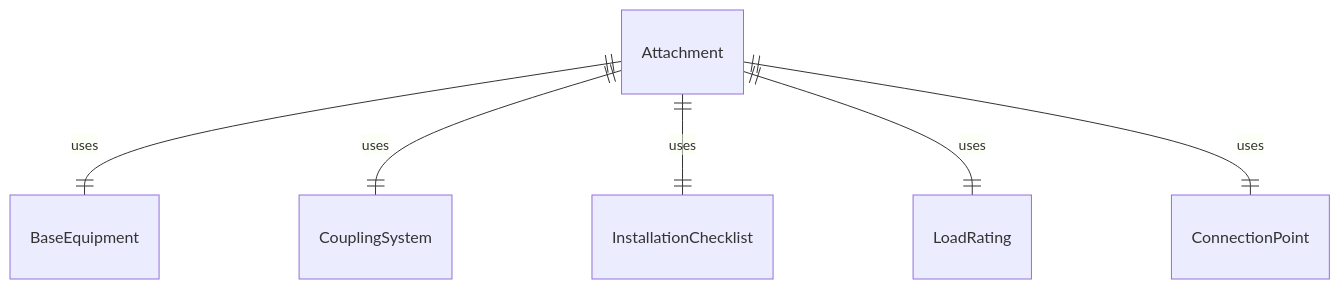
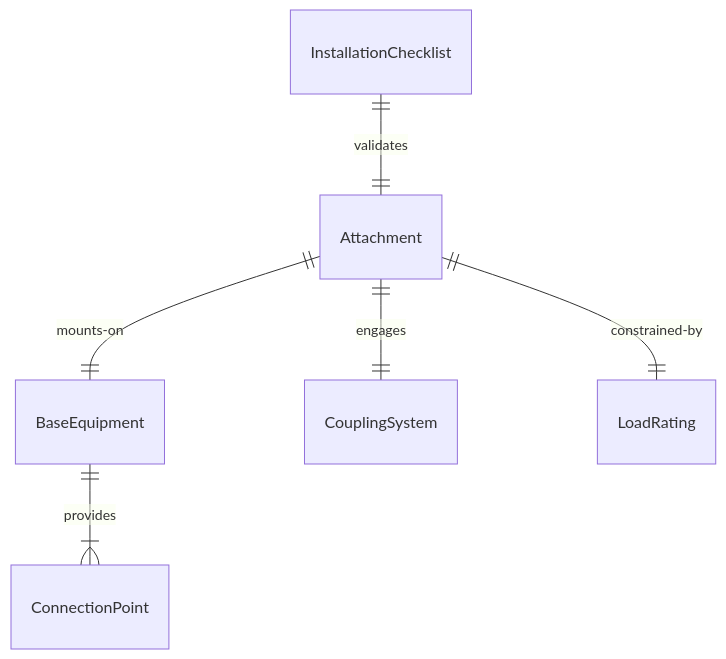
One commit to dot-org-ai/tasks.org.ai changed the first of 4 diagrams in HandlingAndMovingObjects/SetUpEquipment/InstallEquipmentAttachmentsComponents.mdx. Above: the diagram before and after it, drawn with Mermaid. The commit also changed other lines of this file and 515 other files, not shown here.

````diff
--- a/HandlingAndMovingObjects/SetUpEquipment/InstallEquipmentAttachmentsComponents.mdx
+++ b/HandlingAndMovingObjects/SetUpEquipment/InstallEquipmentAttachmentsComponents.mdx
@@ -86,8 +86,8 @@
 ```mermaid
 erDiagram
-    Attachment ||--|| BaseEquipment : "uses"
-    Attachment ||--|| CouplingSystem : "uses"
-    Attachment ||--|| InstallationChecklist : "uses"
-    Attachment ||--|| LoadRating : "uses"
-    Attachment ||--|| ConnectionPoint : "uses"
+    Attachment ||--|| BaseEquipment : "mounts-on"
+    Attachment ||--|| CouplingSystem : "engages"
+    InstallationChecklist ||--|| Attachment : "validates"
+    Attachment ||--|| LoadRating : "constrained-by"
+    BaseEquipment ||--|{ ConnectionPoint : "provides"
 ```
````
